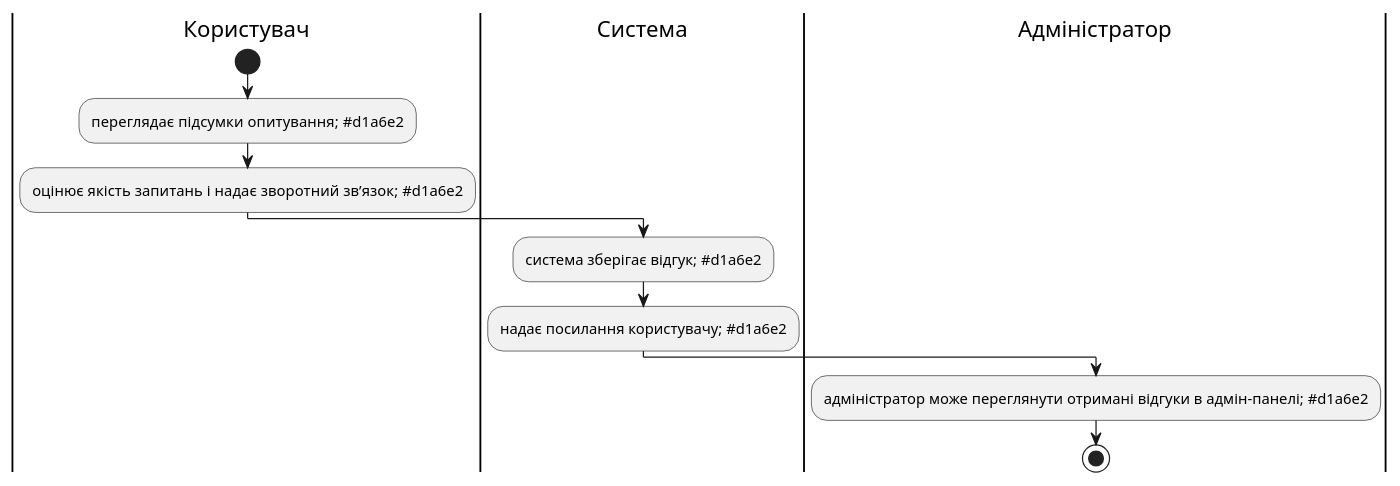
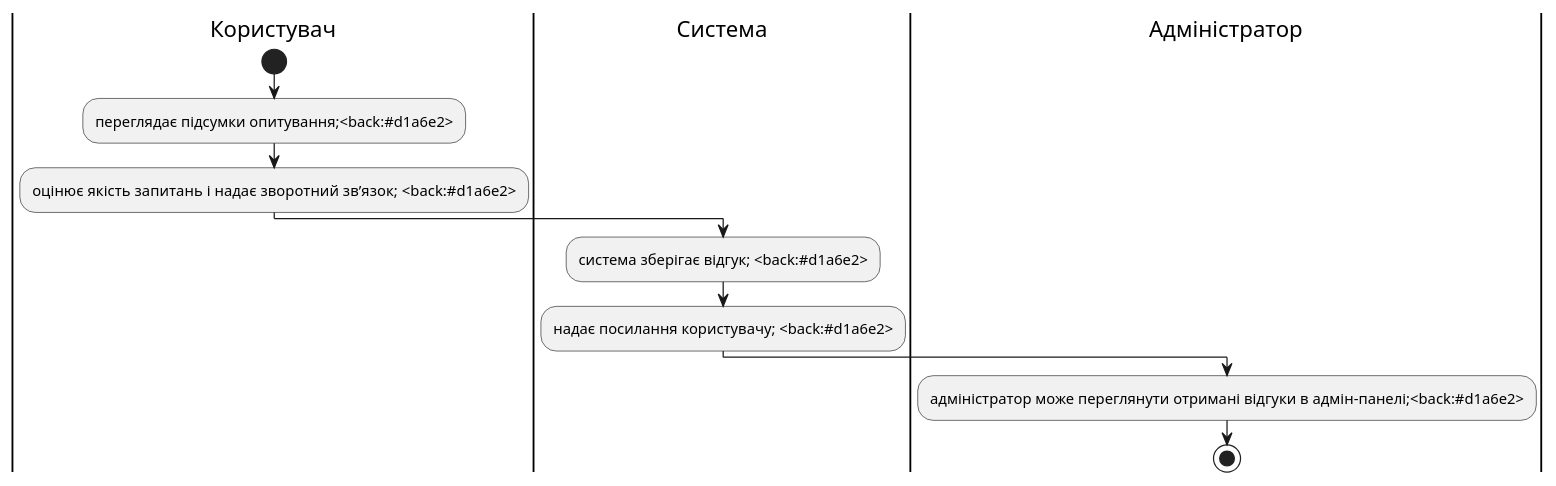
The third of 3 diagrams in docs/use cases/README.md (sunnytea0/db_labs_my), drawn with PlantUML before and after one commit. The commit also changed other lines of this file, not shown here.

```diff
--- a/docs/use cases/README.md
+++ b/docs/use cases/README.md
@@ -216,18 +215,18 @@
 @startuml
 
     |Користувач|
     start;
-    :переглядає підсумки опитування;  #d1a6e2;
-    :оцінює якість запитань і надає зворотний зв’язок;  #d1a6e2;
+    :переглядає підсумки опитування;<back:#d1a6e2>;
+    :оцінює якість запитань і надає зворотний зв’язок;  <back:#d1a6e2>;
 
     |Система|
-    :система зберігає відгук; #d1a6e2;
+    :система зберігає відгук; <back:#d1a6e2>;
 
-    :надає посилання користувачу; #d1a6e2;
+    :надає посилання користувачу; <back:#d1a6e2>;
 
     |Адміністратор|
-    :адміністратор може переглянути отримані відгуки в адмін-панелі; #d1a6e2;
+    :адміністратор може переглянути отримані відгуки в адмін-панелі;<back:#d1a6e2>;
     
     stop;
 
 @enduml
```
